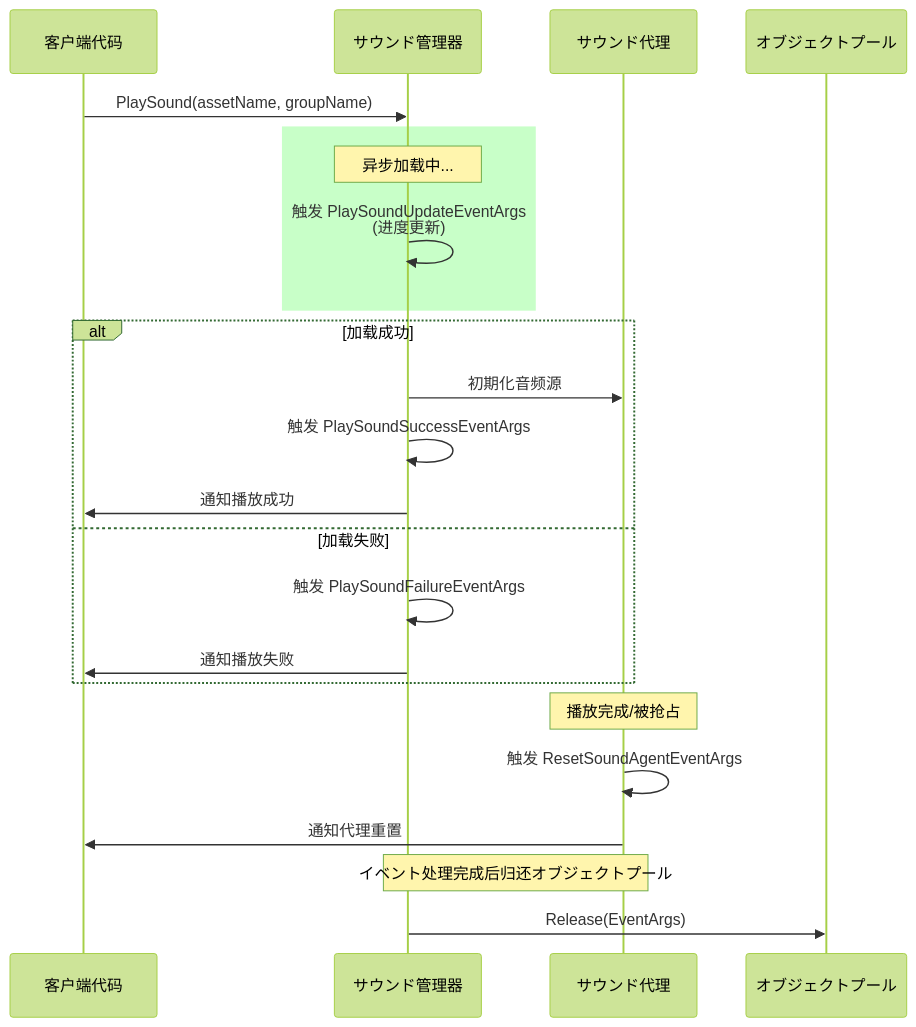
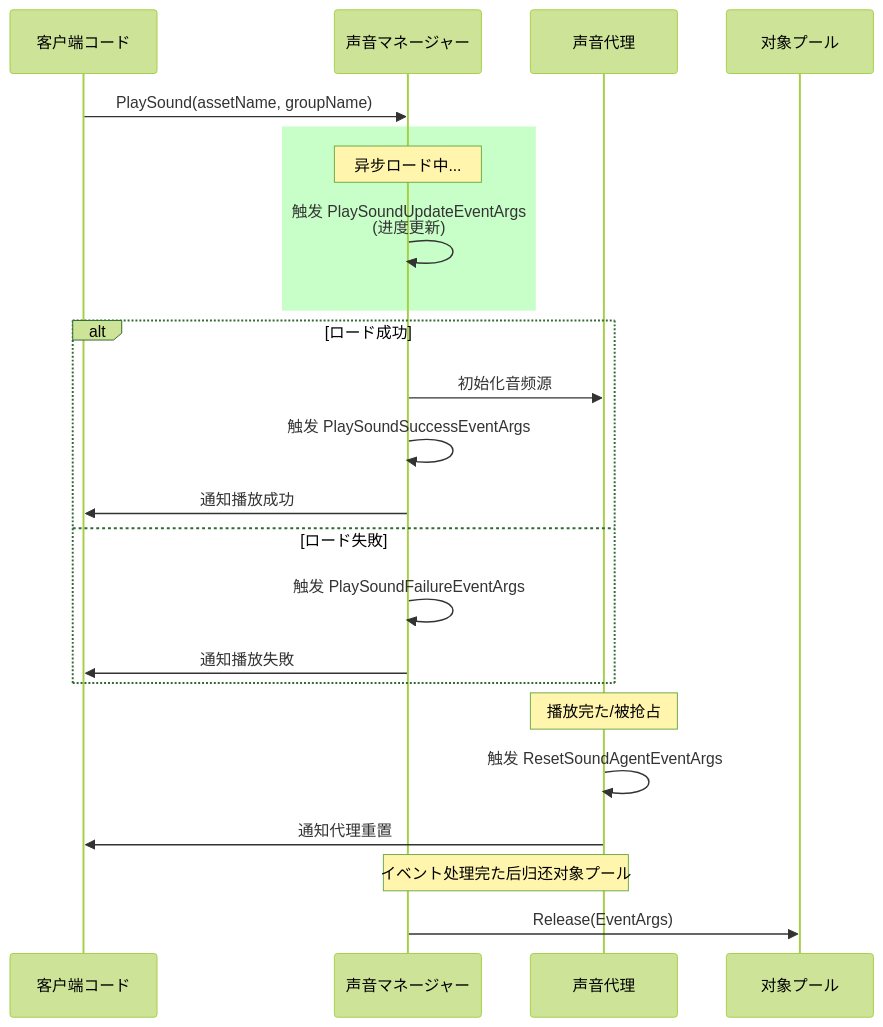
The third of 3 diagrams in docs/ja/client/unity/component/sound/09.event-args.md (AlianBlank/GameFrameX.Docs), drawn with Mermaid (forest theme) before and after one commit. The commit also changed other lines of this file and 320 other files, not shown here.

````diff
--- a/docs/ja/client/unity/component/sound/09.event-args.md
+++ b/docs/ja/client/unity/component/sound/09.event-args.md
@@ -389,30 +389,30 @@
 ```mermaid
 sequenceDiagram
-    participant Client as 客户端代码
-    participant SM as サウンド管理器
-    participant SA as サウンド代理
-    participant Pool as オブジェクトプール
+    participant Client as 客户端コード
+    participant SM as 声音マネージャー
+    participant SA as 声音代理
+    participant Pool as 对象プール
 
     Client->>SM: PlaySound(assetName, groupName)
     
     rect rgb(200, 255, 200)
-        Note over SM: 异步加载中...
+        Note over SM: 异步ロード中...
         SM->>SM: 触发 PlaySoundUpdateEventArgs<br/>(进度更新)
     end
     
-    alt 加载成功
-        SM->>SA: 初期化音频源
+    alt ロード成功
+        SM->>SA: 初始化音频源
         SM->>SM: 触发 PlaySoundSuccessEventArgs
         SM->>Client: 通知播放成功
-    else 加载失败
+    else ロード失敗
         SM->>SM: 触发 PlaySoundFailureEventArgs
-        SM->>Client: 通知播放失败
+        SM->>Client: 通知播放失敗
     end
     
-    Note over SA: 播放完成/被抢占
+    Note over SA: 播放完た/被抢占
     SA->>SA: 触发 ResetSoundAgentEventArgs
     SA->>Client: 通知代理重置
     
-    Note over SM,SA: イベント处理完成后归还オブジェクトプール
+    Note over SM,SA: イベント处理完た后归还对象プール
     SM->>Pool: Release(EventArgs)
 ```
````
